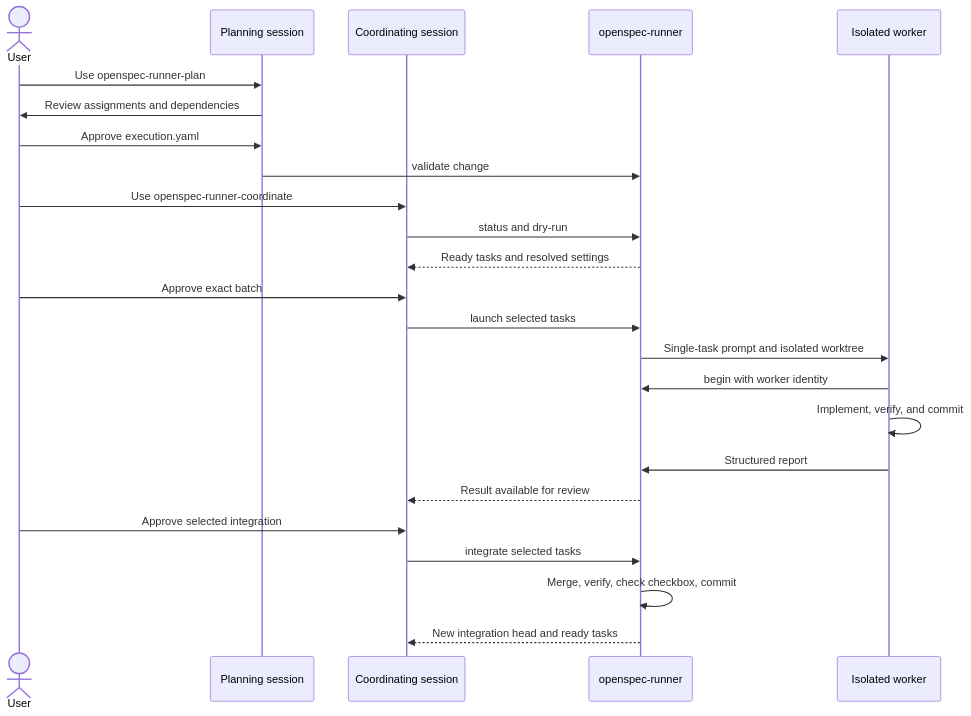
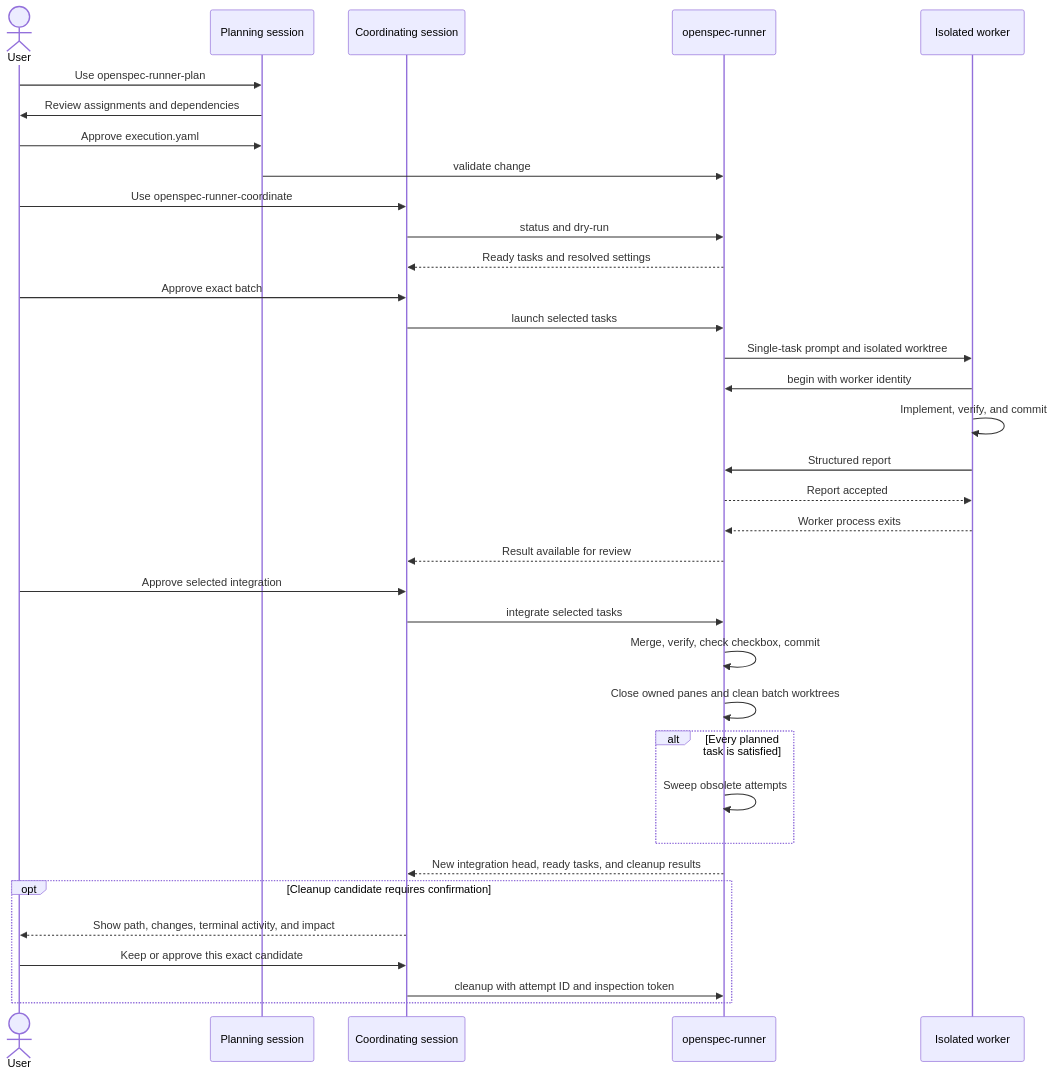
Before and after one commit to vfedoriv/openspec-runner: the third of 4 diagrams in README.md, drawn with Mermaid. The commit also changed other lines of this file and 2 other files, not shown here.

Commit message:
Document automated cleanup lifecycle

````diff
--- a/README.md
+++ b/README.md
@@ -394,27 +419,38 @@
 ```mermaid
 sequenceDiagram
     actor U as User
     participant P as Planning session
     participant C as Coordinating session
     participant R as openspec-runner
     participant W as Isolated worker
 
     U->>P: Use openspec-runner-plan
     P->>U: Review assignments and dependencies
     U->>P: Approve execution.yaml
     P->>R: validate change
     U->>C: Use openspec-runner-coordinate
     C->>R: status and dry-run
     R-->>C: Ready tasks and resolved settings
     U->>C: Approve exact batch
     C->>R: launch selected tasks
     R->>W: Single-task prompt and isolated worktree
     W->>R: begin with worker identity
     W->>W: Implement, verify, and commit
     W->>R: Structured report
+    R-->>W: Report accepted
+    W-->>R: Worker process exits
     R-->>C: Result available for review
     U->>C: Approve selected integration
     C->>R: integrate selected tasks
     R->>R: Merge, verify, check checkbox, commit
-    R-->>C: New integration head and ready tasks
+    R->>R: Close owned panes and clean batch worktrees
+    alt Every planned task is satisfied
+        R->>R: Sweep obsolete attempts
+    end
+    R-->>C: New integration head, ready tasks, and cleanup results
+    opt Cleanup candidate requires confirmation
+        C-->>U: Show path, changes, terminal activity, and impact
+        U->>C: Keep or approve this exact candidate
+        C->>R: cleanup with attempt ID and inspection token
+    end
 ```
````
